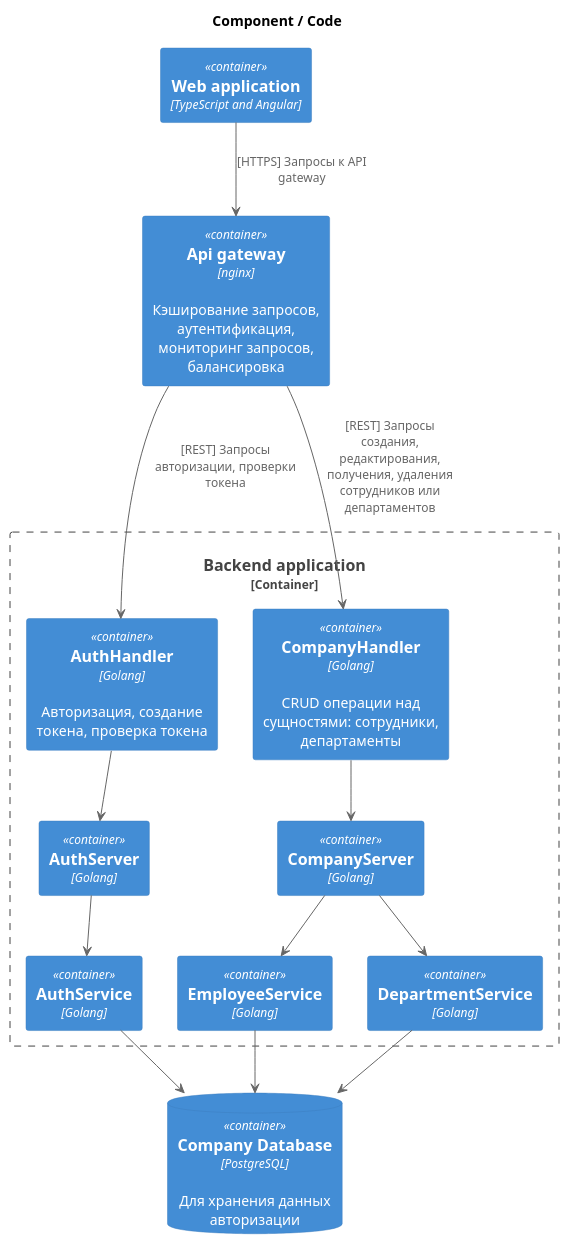
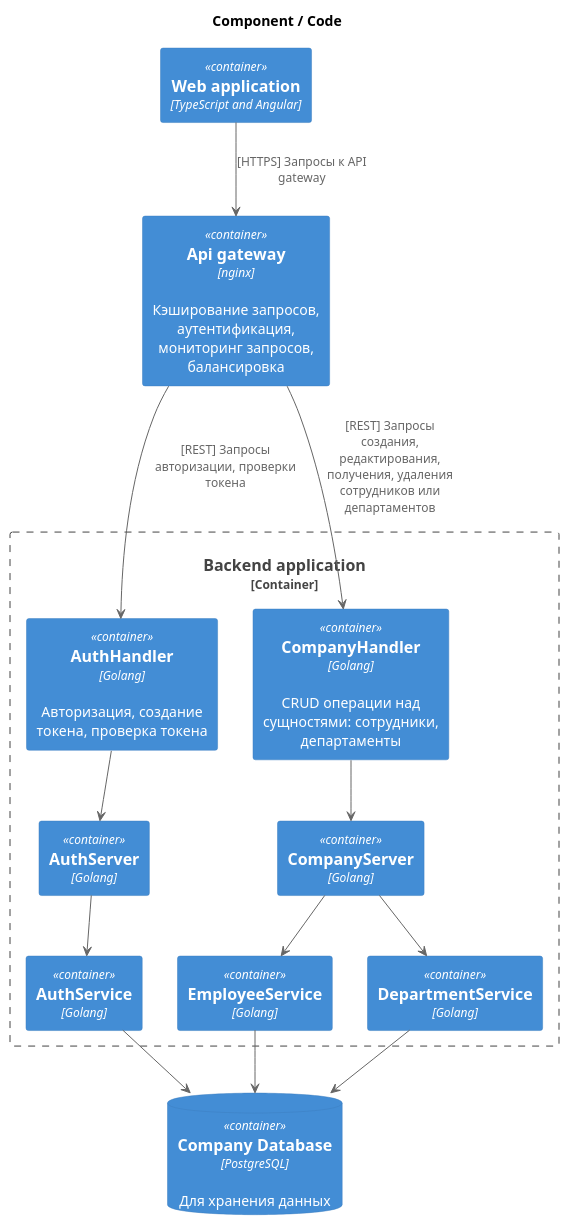
One commit to RoboutGulman/TeamTells changed the diagram in 2. Teхнический проект/C4_component_code.plantuml. Above: the diagram before and after it, drawn with PlantUML. The commit also changed 1 other file, not shown here.

```diff
--- a/2. Teхнический проект/C4_component_code.plantuml
+++ b/2. Teхнический проект/C4_component_code.plantuml
@@ -1,40 +1,40 @@
 @startuml Component
 !include https://raw.githubusercontent.com/plantuml-stdlib/C4-PlantUML/master/C4_Container.puml
 
 title Component / Code
 
 Container(web_app, "Web application", "TypeScript and Angular", "")
 
 Container(api_gateway, "Api gateway", "nginx", "Кэширование запросов, аутентификация, мониторинг запросов, балансировка")
 
 Container_Boundary(message_processing_system, "Backend application"){
     
     Container(auth_handler, "AuthHandler", "Golang", "Авторизация, создание токена, проверка токена")
     Container(auth_server, "AuthServer", "Golang")
     Container(auth_service, "AuthService", "Golang", "")
 
     Container(company_handler, "CompanyHandler", "Golang", "CRUD операции над сущностями: сотрудники, департаменты")
     Container(company_server, "CompanyServer", "Golang")
     Container(employee_service, "EmployeeService", "Golang", "")
     Container(department_service, "DepartmentService", "Golang", "")
 }
 
-ContainerDb(company_database, "Company Database", "PostgreSQL", "Для хранения данных авторизации")
+ContainerDb(company_database, "Company Database", "PostgreSQL", "Для хранения данных")
 
 web_app --> api_gateway : "[HTTPS] Запросы к API gateway"
 
 api_gateway --> auth_handler : "[REST] Запросы авторизации, проверки токена"
 
 auth_handler --> auth_server
 auth_server --> auth_service
 auth_service --> company_database
 
 api_gateway --> company_handler : "[REST] Запросы создания, редактирования, получения, удаления сотрудников или департаментов"
 
 company_handler --> company_server
 company_server --> employee_service
 company_server --> department_service
 department_service --> company_database
 employee_service --> company_database
 
 @enduml
```
